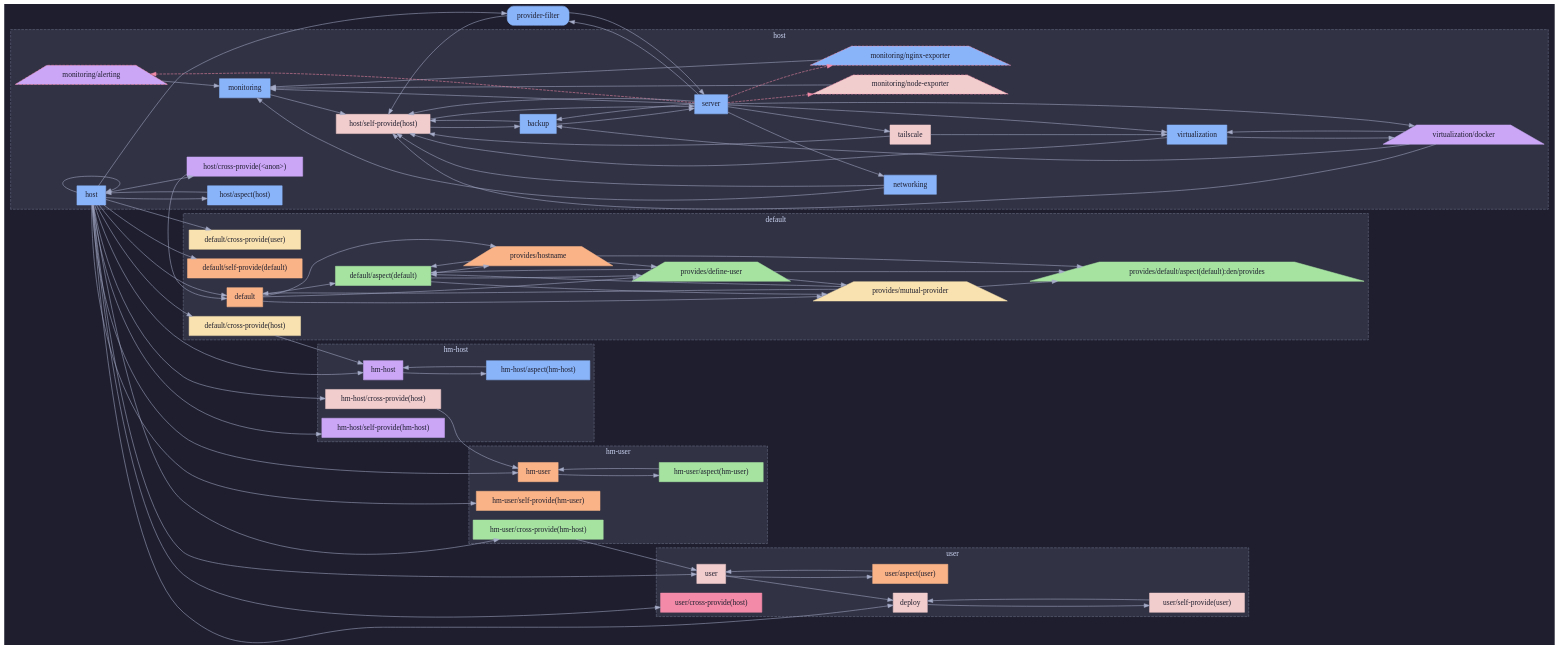
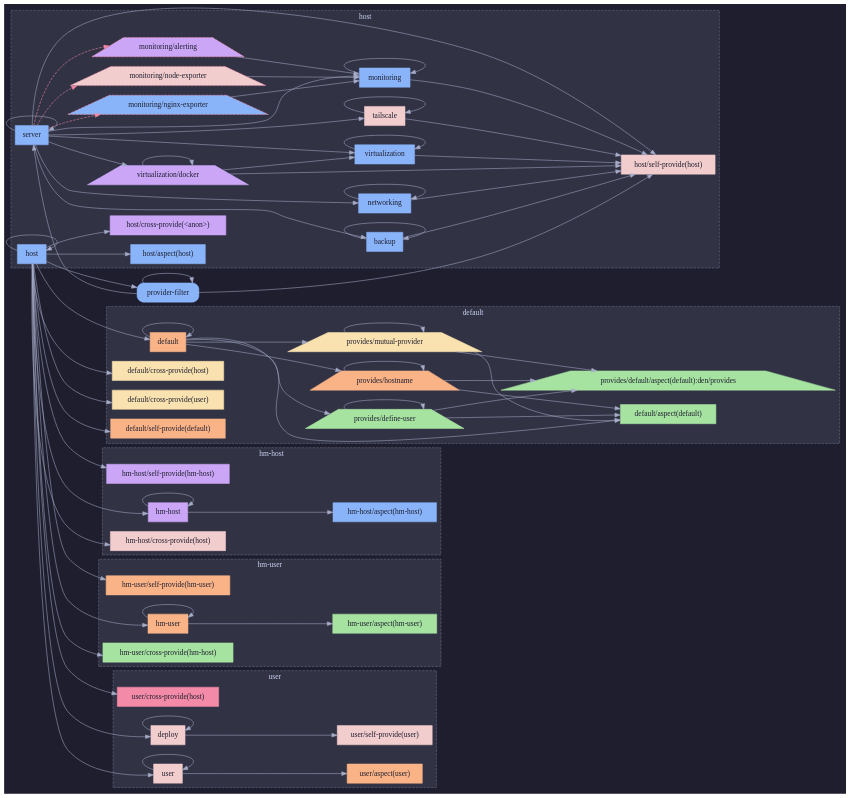
Before and after one commit to sini/den: the second of 3 diagrams in templates/diag-fx-demo/diagrams/provider-filter-dag.md, drawn with Graphviz. The commit also changed other lines of this file and 849 other files, not shown here.

Commit message:
chore: update fx diagrams

```diff
--- a/templates/diag-fx-demo/diagrams/provider-filter-dag.md
+++ b/templates/diag-fx-demo/diagrams/provider-filter-dag.md
@@ -264,32 +256,28 @@
   user__self_provide_user_ [label="user/self-provide(user)",shape=box,style=filled,fillcolor="#f2cdcd",color="#f2cdcd",fontcolor="#1e1e2e"];
   }
 
+  backup -> backup;
   backup -> host__self_provide_host_;
-  backup -> server;
+  n_default -> n_default;
   n_default -> default__aspect_default_;
   n_default -> den__provides__define_user;
   n_default -> den__provides__hostname;
   n_default -> den__provides__mutual_provider;
-  default__aspect_default_ -> den__provides__define_user;
-  default__aspect_default_ -> den__provides__hostname;
-  default__aspect_default_ -> den__provides__mutual_provider;
-  default__cross_provide_host_ -> hm_host;
   den__provides__define_user -> default__aspect_default_;
   den__provides__define_user -> den__provides__default__aspect_default__den__provides;
-  den__provides__define_user -> den__provides__mutual_provider;
+  den__provides__define_user -> den__provides__define_user;
   den__provides__hostname -> default__aspect_default_;
   den__provides__hostname -> den__provides__default__aspect_default__den__provides;
-  den__provides__hostname -> den__provides__define_user;
-  den__provides__mutual_provider -> n_default;
+  den__provides__hostname -> den__provides__hostname;
   den__provides__mutual_provider -> default__aspect_default_;
   den__provides__mutual_provider -> den__provides__default__aspect_default__den__provides;
+  den__provides__mutual_provider -> den__provides__mutual_provider;
+  deploy -> deploy;
   deploy -> user__self_provide_user_;
+  hm_host -> hm_host;
   hm_host -> hm_host__aspect_hm_host_;
-  hm_host__aspect_hm_host_ -> hm_host;
-  hm_host__cross_provide_host_ -> hm_user;
+  hm_user -> hm_user;
   hm_user -> hm_user__aspect_hm_user_;
-  hm_user__aspect_hm_user_ -> hm_user;
-  hm_user__cross_provide_hm_host_ -> user;
   host -> n_default;
   host -> default__cross_provide_host_;
   host -> default__cross_provide_user_;
@@ -307,14 +295,12 @@
   host -> provider_filter;
   host -> user;
   host -> user__cross_provide_host_;
-  host__aspect_host_ -> host;
-  host__cross_provide__anon__ -> n_default;
-  host__self_provide_host_ -> backup;
-  host__self_provide_host_ -> server;
   monitoring -> host__self_provide_host_;
+  monitoring -> monitoring;
   networking -> host__self_provide_host_;
-  networking -> monitoring;
+  networking -> networking;
   provider_filter -> host__self_provide_host_;
+  provider_filter -> provider_filter;
   provider_filter -> server;
   server -> monitoring__alerting [style=dashed,color="#f38ba8"];
   server -> backup;
@@ -324,18 +310,16 @@
   server -> networking;
   server -> monitoring__nginx_exporter [style=dashed,color="#f38ba8"];
   server -> monitoring__node_exporter [style=dashed,color="#f38ba8"];
-  server -> provider_filter;
+  server -> server;
   server -> tailscale;
   server -> virtualization;
   tailscale -> host__self_provide_host_;
-  tailscale -> virtualization;
-  user -> deploy;
+  tailscale -> tailscale;
+  user -> user;
   user -> user__aspect_user_;
-  user__aspect_user_ -> user;
-  user__self_provide_user_ -> deploy;
-  virtualization -> virtualization__docker;
   virtualization -> host__self_provide_host_;
-  virtualization__docker -> backup;
+  virtualization -> virtualization;
+  virtualization__docker -> virtualization__docker;
   virtualization__docker -> host__self_provide_host_;
   monitoring__node_exporter -> monitoring;
   monitoring__nginx_exporter -> monitoring;
```
